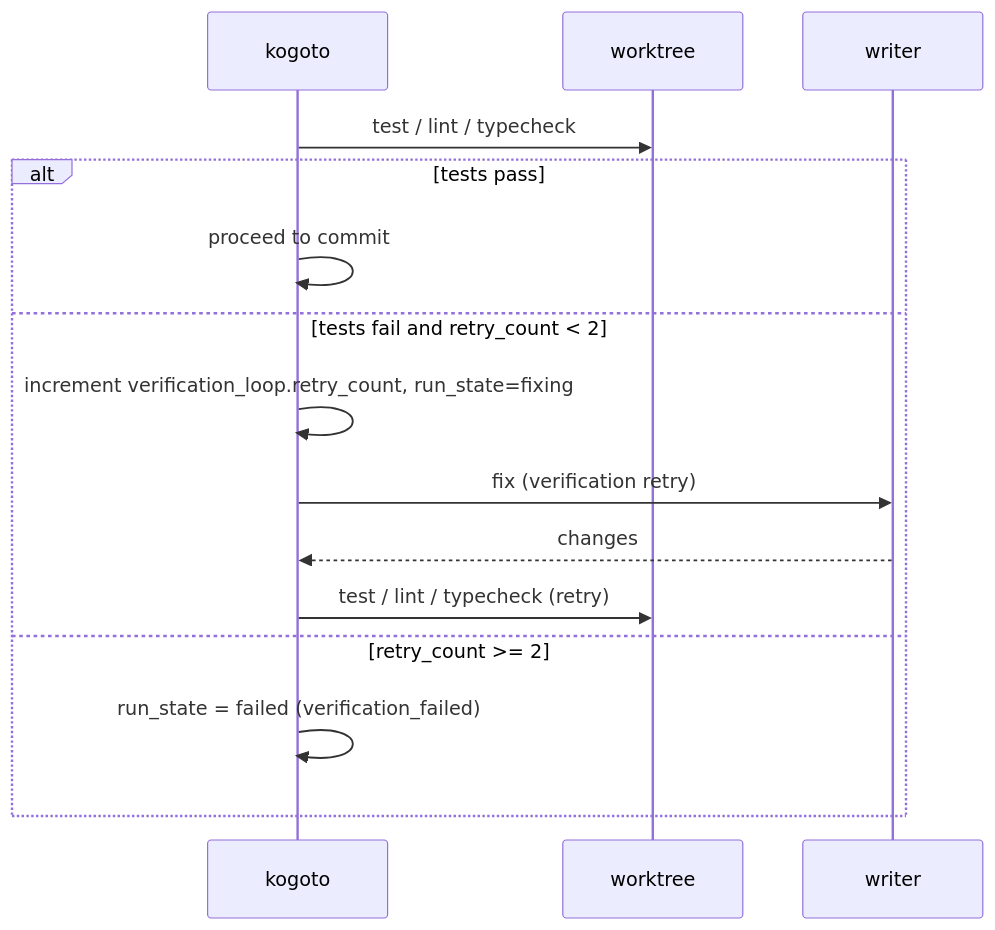
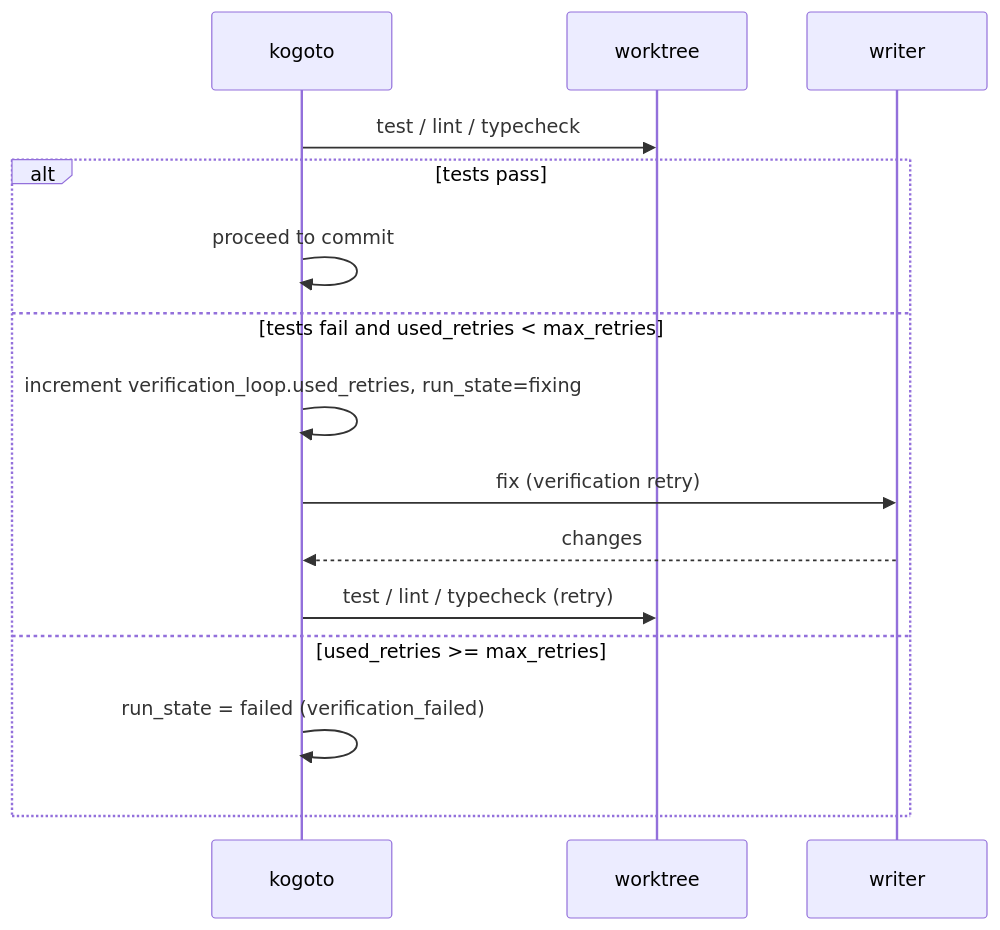
One commit to tooppoo/Fuda changed the third of 4 diagrams in docs/internal/processing-sequence.md. Above: the diagram before and after it, drawn with Mermaid. The commit also changed other lines of this file and 7 other files, not shown here.

````diff
--- a/docs/internal/processing-sequence.md
+++ b/docs/internal/processing-sequence.md
@@ -200,18 +202,18 @@
 ```mermaid
 sequenceDiagram
     participant kogoto
     participant worktree
     participant writer
 
     kogoto->>worktree: test / lint / typecheck
     alt tests pass
         kogoto->>kogoto: proceed to commit
-    else tests fail and retry_count < 2
-        kogoto->>kogoto: increment verification_loop.retry_count, run_state=fixing
+    else tests fail and used_retries < max_retries
+        kogoto->>kogoto: increment verification_loop.used_retries, run_state=fixing
         kogoto->>writer: fix (verification retry)
         writer-->>kogoto: changes
         kogoto->>worktree: test / lint / typecheck (retry)
-    else retry_count >= 2
+    else used_retries >= max_retries
         kogoto->>kogoto: run_state = failed (verification_failed)
     end
 ```
````
